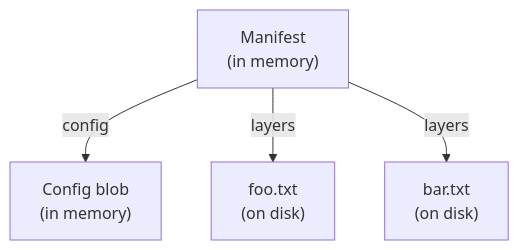
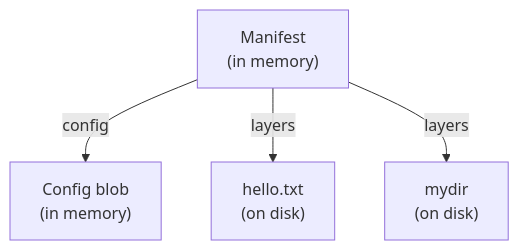
One commit to oras-project/oras-go changed the sixth of 7 diagrams in docs/Targets.md. Above: the diagram before and after it, drawn with Mermaid. The commit also changed other lines of this file, not shown here.

````diff
--- a/docs/Targets.md
+++ b/docs/Targets.md
@@ -275,7 +306,7 @@
 ```mermaid
 graph TD;
 
 Manifest["Manifest<br>(in memory)"]--config-->Config["Config blob<br>(in memory)"]
-Manifest--layers-->Layer0["foo.txt<br>(on disk)"]
-Manifest--layers-->Layer1["bar.txt<br>(on disk)"]
+Manifest--layers-->Layer0["hello.txt<br>(on disk)"]
+Manifest--layers-->Layer1["mydir<br>(on disk)"]
 ```
````
